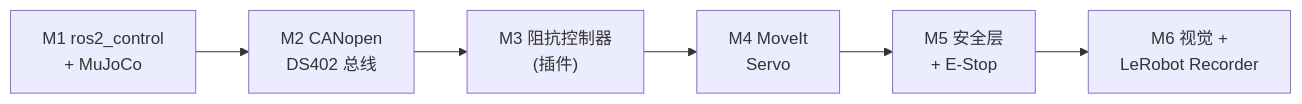
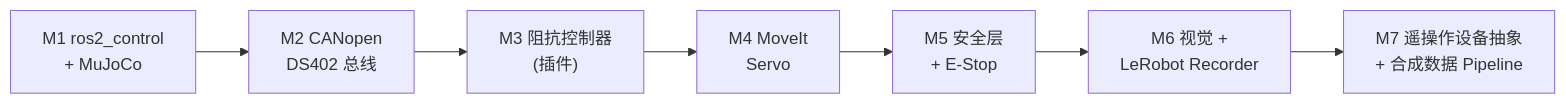
The fifth of 5 diagrams in docs/ARCHITECTURE_V2.md (inayina/ros2-arm-teleoperation-suite), drawn with Mermaid before and after one commit. The commit also changed other lines of this file and 5 other files, not shown here.

````diff
--- a/docs/ARCHITECTURE_V2.md
+++ b/docs/ARCHITECTURE_V2.md
@@ -544,8 +546,9 @@
 ```mermaid
 flowchart LR
     M1["M1 ros2_control<br/>+ MuJoCo"] --> M2["M2 CANopen<br/>DS402 总线"]
     M2 --> M3["M3 阻抗控制器<br/>(插件)"]
     M3 --> M4["M4 MoveIt<br/>Servo"]
     M4 --> M5["M5 安全层<br/>+ E-Stop"]
     M5 --> M6["M6 视觉 +<br/>LeRobot Recorder"]
+    M6 --> M7["M7 遥操作设备抽象<br/>+ 合成数据 Pipeline"]
 ```
````
